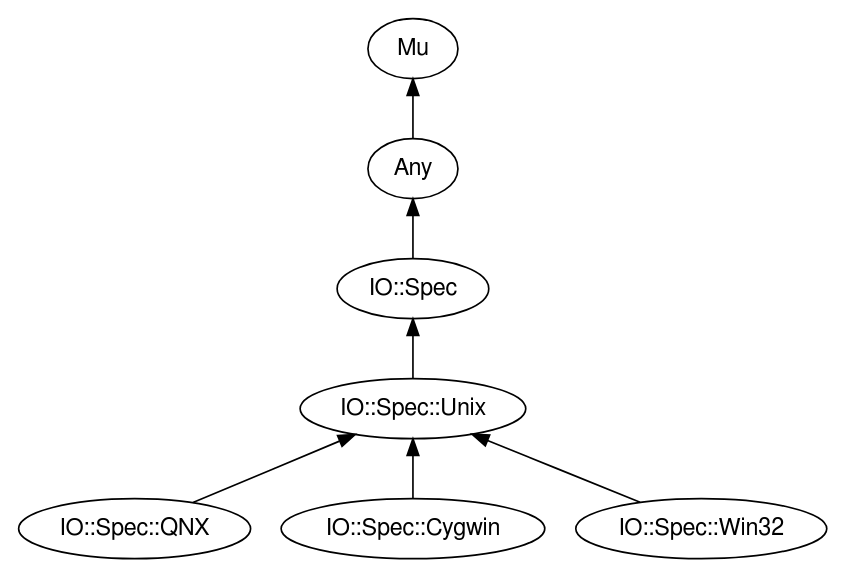
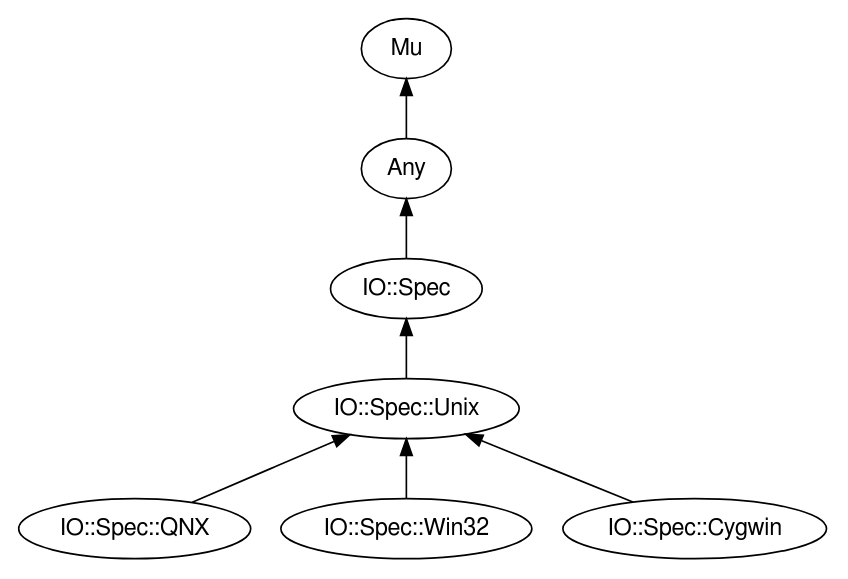
One commit to perl6docs/perl6docs.github.io changed the diagram in images/type-graph-IO::Spec::Unix.svg.dot. Above: the diagram before and after it, drawn with Graphviz. The commit also changed other lines of this file and 4350 other files, not shown here.

```diff
--- a/images/type-graph-IO::Spec::Unix.svg.dot
+++ b/images/type-graph-IO::Spec::Unix.svg.dot
@@ -1,23 +1,23 @@
 digraph "perl6-type-graph" {
     rankdir=BT;
     splines=polyline;
     overlap=false; 
     // Types
     "IO::Spec::Unix" [color="#000000", fontcolor="#000000", href="/type/IO::Spec::Unix", fontname="FreeSans"];
     "Mu" [color="#000000", fontcolor="#000000", href="/type/Mu", fontname="FreeSans"];
     "Any" [color="#000000", fontcolor="#000000", href="/type/Any", fontname="FreeSans"];
     "IO::Spec" [color="#000000", fontcolor="#000000", href="/type/IO::Spec", fontname="FreeSans"];
     "IO::Spec::QNX" [color="#000000", fontcolor="#000000", href="/type/IO::Spec::QNX", fontname="FreeSans"];
+    "IO::Spec::Win32" [color="#000000", fontcolor="#000000", href="/type/IO::Spec::Win32", fontname="FreeSans"];
     "IO::Spec::Cygwin" [color="#000000", fontcolor="#000000", href="/type/IO::Spec::Cygwin", fontname="FreeSans"];
-    "IO::Spec::Win32" [color="#000000", fontcolor="#000000", href="/type/IO::Spec::Win32", fontname="FreeSans"];
 
     // Superclasses
     "IO::Spec::Unix" -> "IO::Spec" [color="#000000"];
     "Any" -> "Mu" [color="#000000"];
     "IO::Spec" -> "Any" [color="#000000"];
     "IO::Spec::QNX" -> "IO::Spec::Unix" [color="#000000"];
+    "IO::Spec::Win32" -> "IO::Spec::Unix" [color="#000000"];
     "IO::Spec::Cygwin" -> "IO::Spec::Unix" [color="#000000"];
-    "IO::Spec::Win32" -> "IO::Spec::Unix" [color="#000000"];
 
     // Roles
 }
```
